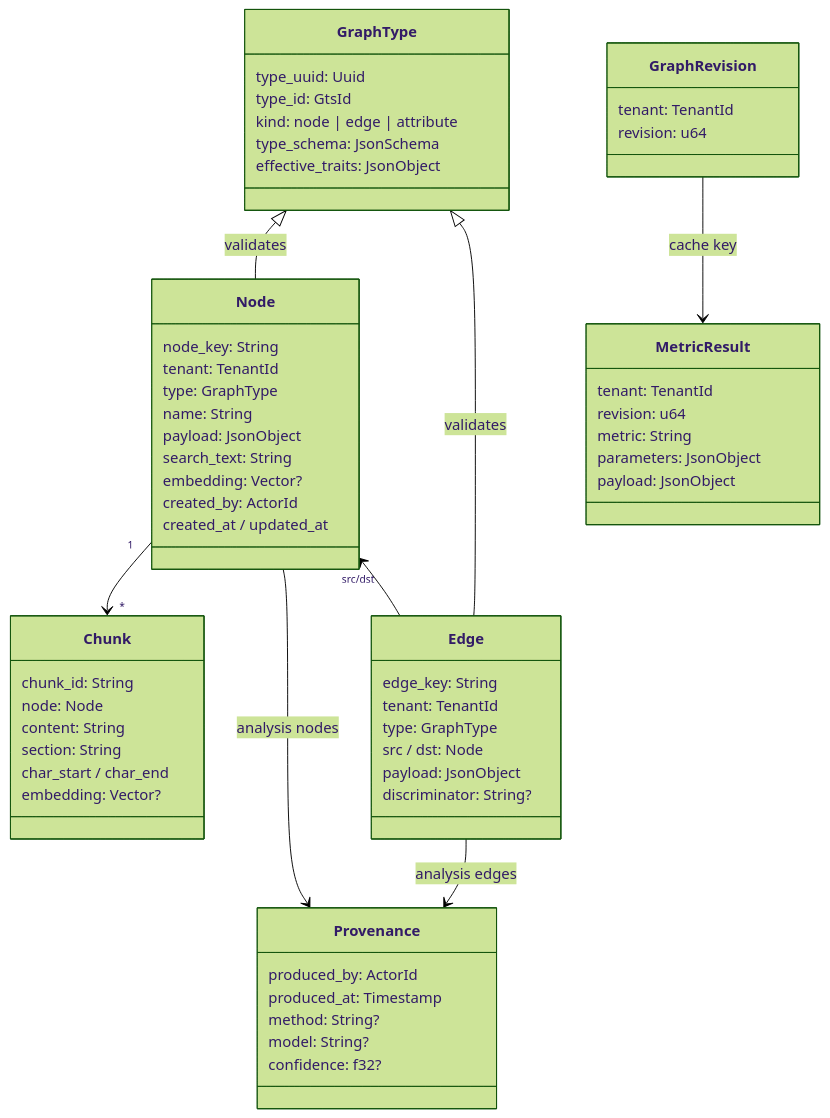
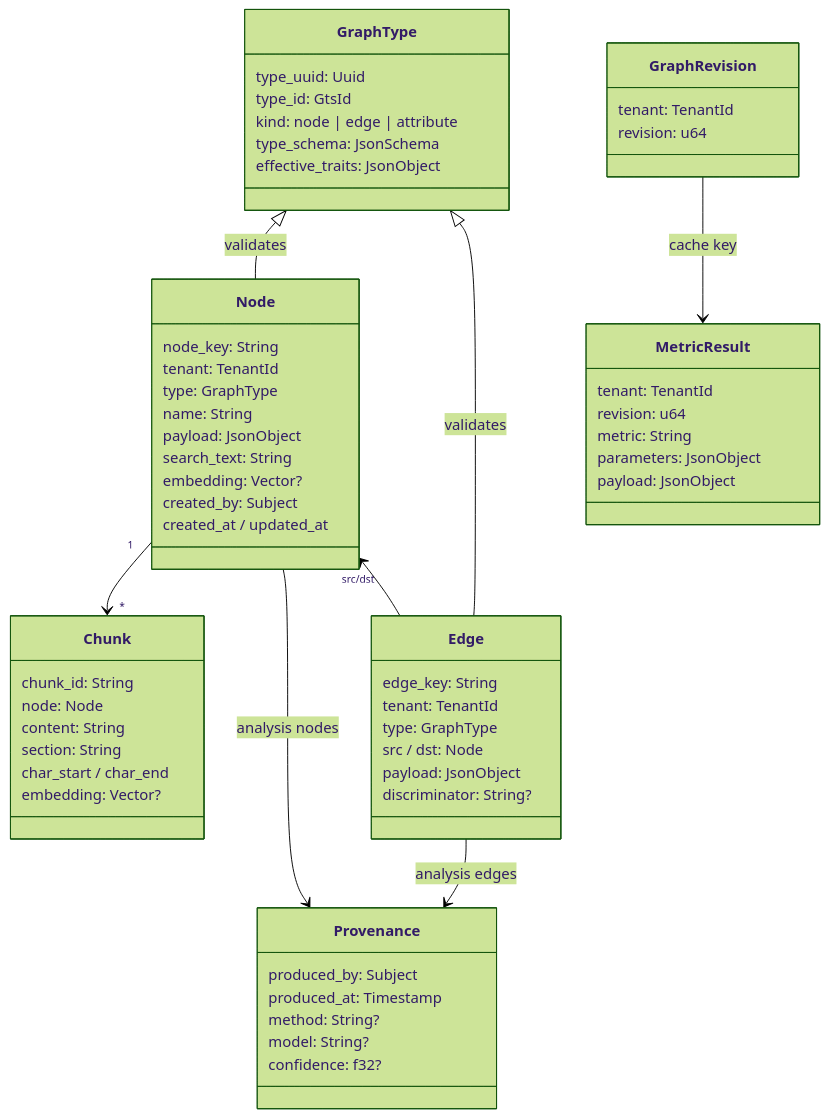
One commit to asmith987/gears-rust changed the second of 2 diagrams in gears/graph-storage/docs/DESIGN.md. Above: the diagram before and after it, drawn with Mermaid (forest theme). The commit also changed other lines of this file and 5 other files, not shown here.

First line of the commit message:
docs(graph-storage): separate the API element envelope from the GTS type

````diff
--- a/gears/graph-storage/docs/DESIGN.md
+++ b/gears/graph-storage/docs/DESIGN.md
@@ -272,62 +273,62 @@
 ```mermaid
 classDiagram
     class GraphType {
         type_uuid: Uuid
         type_id: GtsId
         kind: node | edge | attribute
         type_schema: JsonSchema
         effective_traits: JsonObject
     }
     class Node {
         node_key: String
         tenant: TenantId
         type: GraphType
         name: String
         payload: JsonObject
         search_text: String
         embedding: Vector?
-        created_by: ActorId
+        created_by: Subject
         created_at / updated_at
     }
     class Edge {
         edge_key: String
         tenant: TenantId
         type: GraphType
         src / dst: Node
         payload: JsonObject
         discriminator: String?
     }
     class Chunk {
         chunk_id: String
         node: Node
         content: String
         section: String
         char_start / char_end
         embedding: Vector?
     }
     class Provenance {
-        produced_by: ActorId
+        produced_by: Subject
         produced_at: Timestamp
         method: String?
         model: String?
         confidence: f32?
     }
     class GraphRevision {
         tenant: TenantId
         revision: u64
     }
     class MetricResult {
         tenant: TenantId
         revision: u64
         metric: String
         parameters: JsonObject
         payload: JsonObject
     }
     GraphType <|-- Node : validates
     GraphType <|-- Edge : validates
     Node "1" --> "*" Chunk
     Node --> Provenance : analysis nodes
     Edge --> Provenance : analysis edges
     Node "src/dst" <-- Edge
     GraphRevision --> MetricResult : cache key
 ```
````
